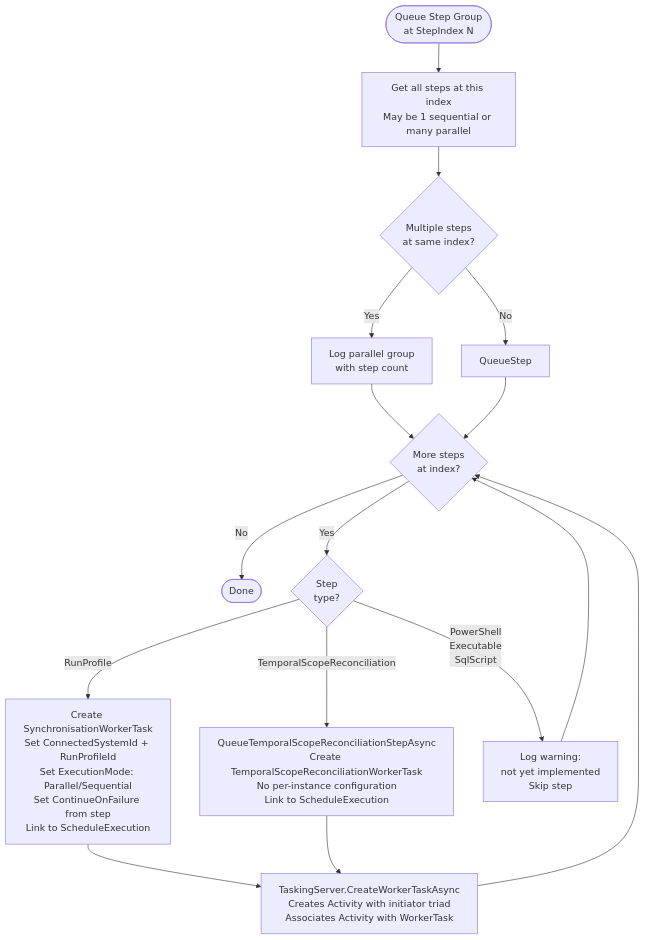
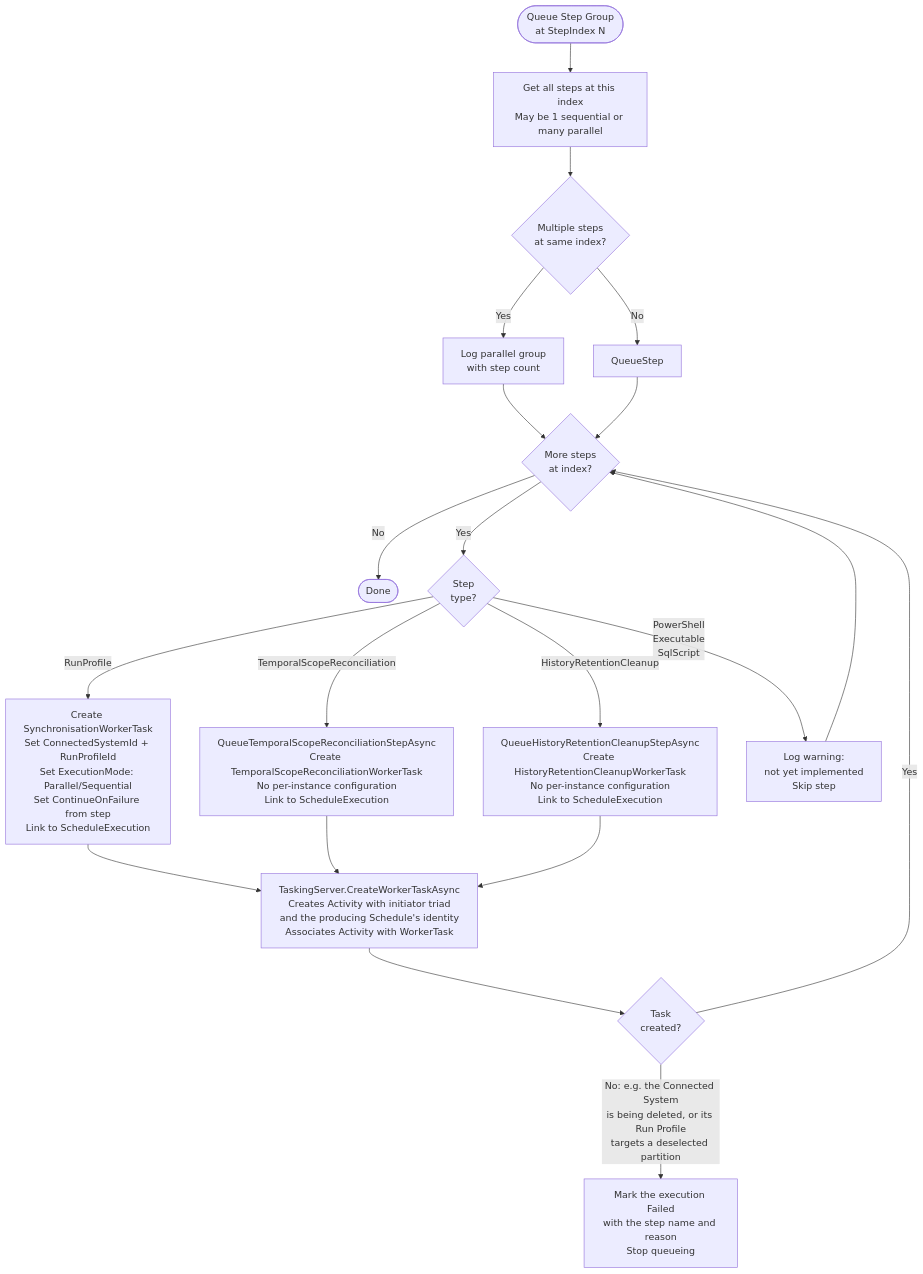
One commit to TetronIO/JIM changed the third of 7 diagrams in docs/developer/diagrams/SCHEDULE_EXECUTION_LIFECYCLE.md. Above: the diagram before and after it, drawn with Mermaid. The commit also changed other lines of this file and 49 other files, not shown here.

Commit message:
docs: update documentation, diagrams and changelog for v0.15.0 release

````diff
--- a/docs/developer/diagrams/SCHEDULE_EXECUTION_LIFECYCLE.md
+++ b/docs/developer/diagrams/SCHEDULE_EXECUTION_LIFECYCLE.md
@@ -70,22 +85,26 @@
 ```mermaid
 flowchart TD
     QueueGroup([Queue Step Group<br/>at StepIndex N]) --> GetSteps[Get all steps at this index<br/>May be 1 sequential or many parallel]
     GetSteps --> IsParallel{Multiple steps<br/>at same index?}
     IsParallel -->|Yes| LogParallel[Log parallel group<br/>with step count]
     IsParallel -->|No| QueueStep
 
     LogParallel --> ForEach{More steps<br/>at index?}
     QueueStep --> ForEach
 
     ForEach -->|No| Done([Done])
     ForEach -->|Yes| CheckType{Step<br/>type?}
 
     CheckType -->|RunProfile| CreateSyncTask[Create SynchronisationWorkerTask<br/>Set ConnectedSystemId + RunProfileId<br/>Set ExecutionMode: Parallel/Sequential<br/>Set ContinueOnFailure from step<br/>Link to ScheduleExecution]
     CheckType -->|TemporalScopeReconciliation| CreateTemporalTask[QueueTemporalScopeReconciliationStepAsync<br/>Create TemporalScopeReconciliationWorkerTask<br/>No per-instance configuration<br/>Link to ScheduleExecution]
+    CheckType -->|HistoryRetentionCleanup| CreateRetentionTask[QueueHistoryRetentionCleanupStepAsync<br/>Create HistoryRetentionCleanupWorkerTask<br/>No per-instance configuration<br/>Link to ScheduleExecution]
     CheckType -->|PowerShell<br/>Executable<br/>SqlScript| NotImpl[Log warning:<br/>not yet implemented<br/>Skip step]
 
-    CreateSyncTask --> CreateActivity[TaskingServer.CreateWorkerTaskAsync<br/>Creates Activity with initiator triad<br/>Associates Activity with WorkerTask]
+    CreateSyncTask --> CreateActivity[TaskingServer.CreateWorkerTaskAsync<br/>Creates Activity with initiator triad<br/>and the producing Schedule's identity<br/>Associates Activity with WorkerTask]
     CreateTemporalTask --> CreateActivity
-    CreateActivity --> ForEach
+    CreateRetentionTask --> CreateActivity
+    CreateActivity --> Created{Task<br/>created?}
+    Created -->|Yes| ForEach
+    Created -->|No: e.g. the Connected System<br/>is being deleted, or its Run Profile<br/>targets a deselected partition| FailExecution[Mark the execution Failed<br/>with the step name and reason<br/>Stop queueing]
     NotImpl --> ForEach
 ```
````
